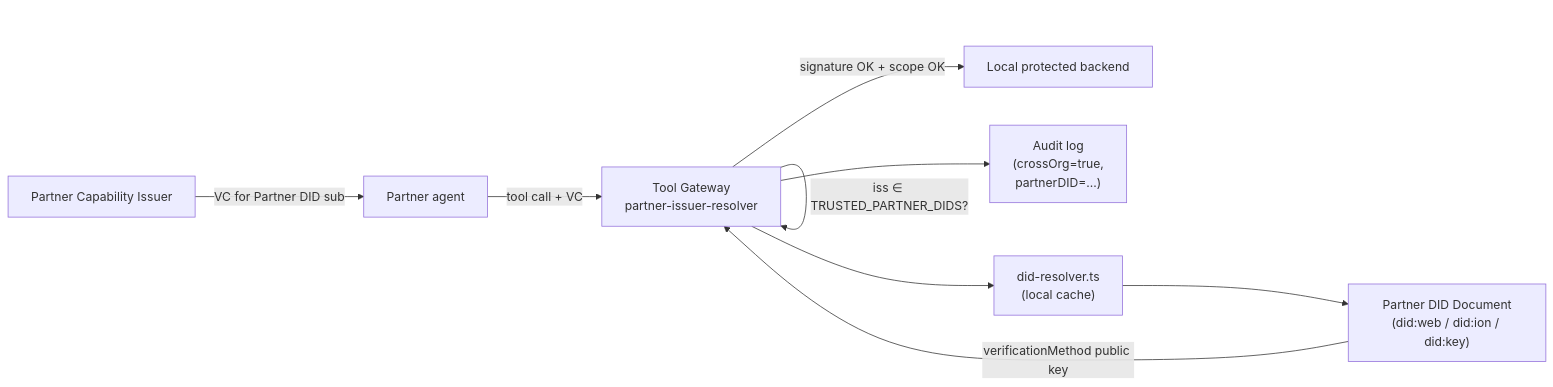
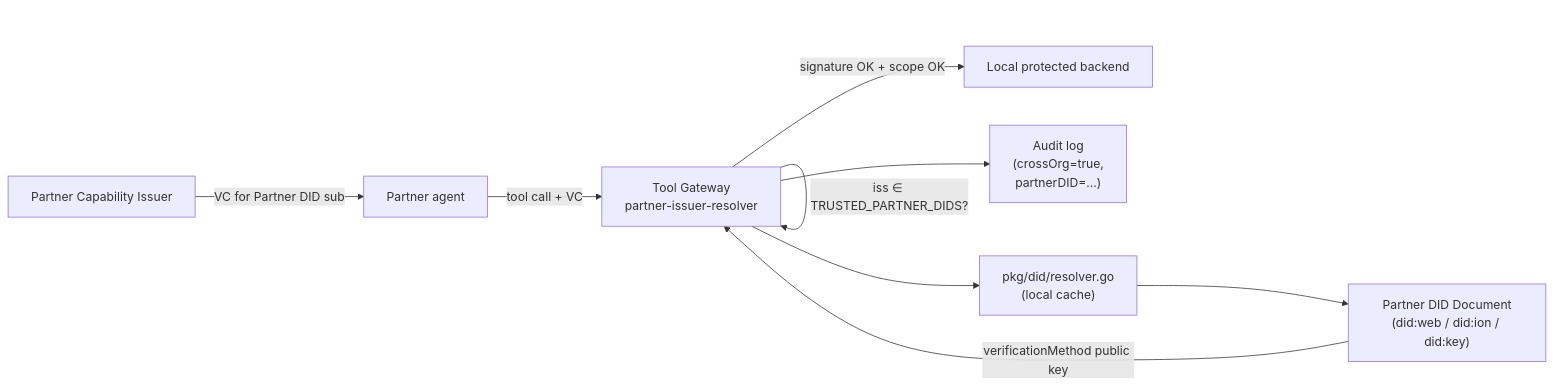
The seventh of 14 diagrams in docs/ARCHITECTURE.md (eunolabs/eunox), drawn with Mermaid before and after one commit. The commit also changed other lines of this file, not shown here.

Commit message:
docs: begin updating TypeScript references to Go in ARCHITECTURE.md

````diff
--- a/docs/ARCHITECTURE.md
+++ b/docs/ARCHITECTURE.md
@@ -375,18 +375,18 @@
 ```mermaid
 flowchart LR
     PartnerAgent["Partner agent"]
     PartnerIssuer["Partner Capability Issuer"]
     DIDDoc["Partner DID Document<br/>(did:web / did:ion / did:key)"]
-    Resolver["did-resolver.ts<br/>(local cache)"]
+    Resolver["pkg/did/resolver.go<br/>(local cache)"]
     Gateway["Tool Gateway<br/>partner-issuer-resolver"]
     Backend["Local protected backend"]
     Audit["Audit log<br/>(crossOrg=true,<br/>partnerDID=...)"]
 
     PartnerIssuer -->|VC for Partner DID sub| PartnerAgent
     PartnerAgent -->|tool call + VC| Gateway
     Gateway -->|iss ∈ TRUSTED_PARTNER_DIDS?| Gateway
     Gateway --> Resolver --> DIDDoc
     DIDDoc -->|verificationMethod public key| Gateway
     Gateway -->|signature OK + scope OK| Backend
     Gateway --> Audit
 ```
````
